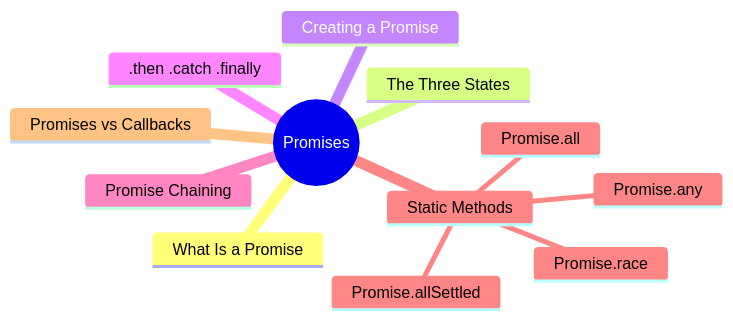
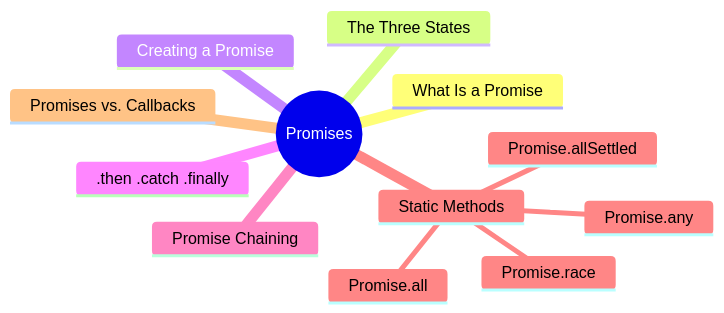
The first of 2 diagrams in src/posts/en/javascript-promise.mdx (Charmying/blog), drawn with Mermaid before and after one commit. The commit also changed other lines of this file and 41 other files, not shown here.

````diff
--- a/src/posts/en/javascript-promise.mdx
+++ b/src/posts/en/javascript-promise.mdx
@@ -14,15 +14,15 @@
 ```mermaid
 mindmap
   	root((Promises))
     	What Is a Promise
     	The Three States
     	Creating a Promise
     	.then .catch .finally
     	Promise Chaining
     	Static Methods
       		Promise.all
       		Promise.allSettled
       		Promise.race
       		Promise.any
-    	Promises vs Callbacks
+    	Promises vs. Callbacks
 ```
````
